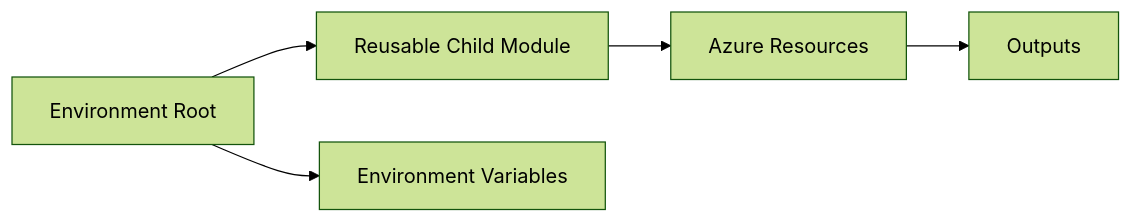
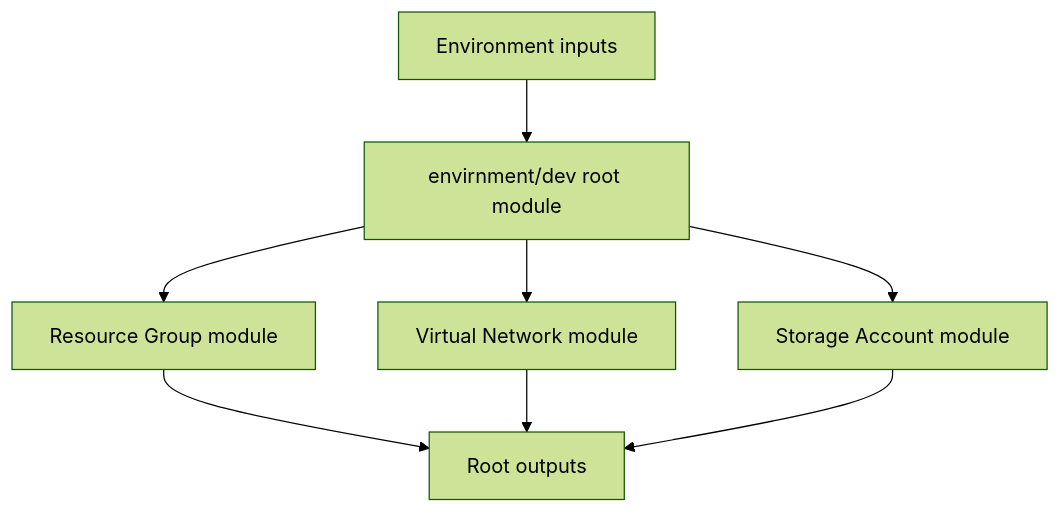
One commit to haqueamir70-coder/terraform-extend changed the diagram in README.md. Above: the diagram before and after it, drawn with Mermaid (forest theme). The commit also changed other lines of this file, not shown here.

````diff
--- a/README.md
+++ b/README.md
@@ -17,7 +11,10 @@
 ```mermaid
-flowchart LR
-  A[Environment Root] --> B[Reusable Child Module]
-  B --> C[Azure Resources]
-  A --> D[Environment Variables]
-  C --> E[Outputs]
+flowchart TB
+  Vars[Environment inputs] --> Root[envirnment/dev root module]
+  Root --> RG[Resource Group module]
+  Root --> VNet[Virtual Network module]
+  Root --> Storage[Storage Account module]
+  RG --> Outputs[Root outputs]
+  VNet --> Outputs
+  Storage --> Outputs
 ```
````
